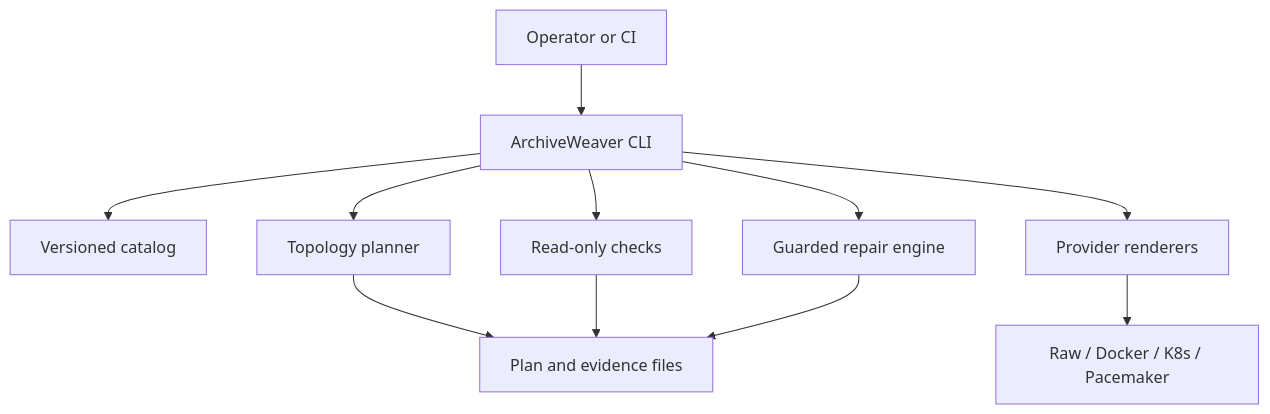
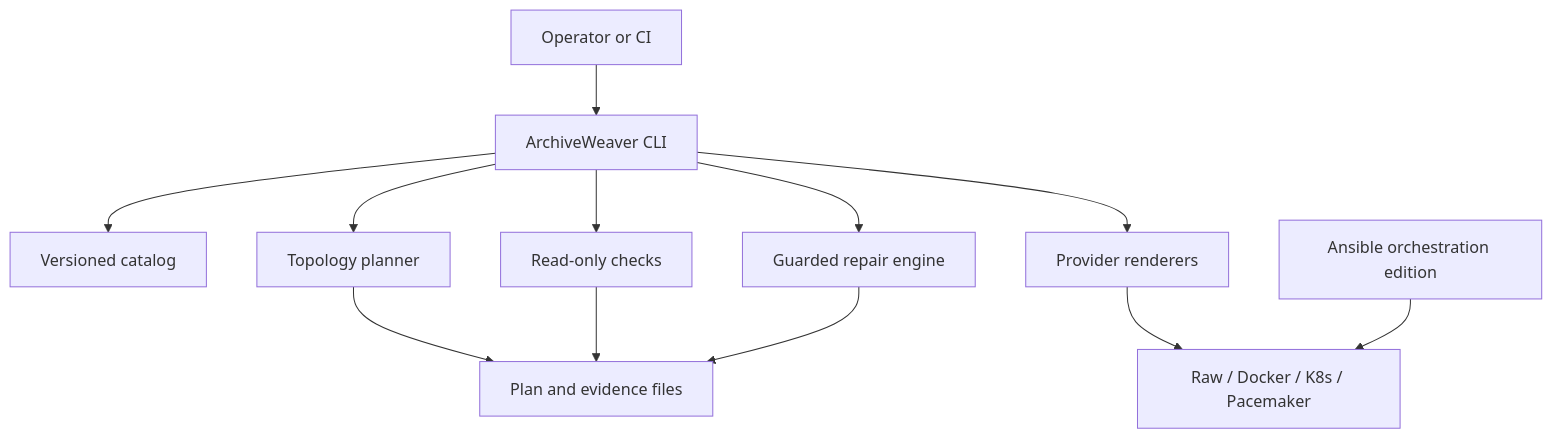
The first of 2 diagrams in docs/architecture/HLD.md (Yunushan/archiveweaver), drawn with Mermaid before and after one commit. The commit also changed other lines of this file and 126 other files, not shown here.

````diff
--- a/docs/architecture/HLD.md
+++ b/docs/architecture/HLD.md
@@ -38,13 +38,14 @@
 ```mermaid
 flowchart TD
   Operator[Operator or CI] --> CLI[ArchiveWeaver CLI]
   CLI --> Catalog[Versioned catalog]
   CLI --> Planner[Topology planner]
   CLI --> Renderer[Provider renderers]
   CLI --> Checks[Read-only checks]
   CLI --> Repair[Guarded repair engine]
   Planner --> Evidence[Plan and evidence files]
   Checks --> Evidence
   Repair --> Evidence
   Renderer --> Runtime[Raw / Docker / K8s / Pacemaker]
+  Ansible[Ansible orchestration edition] --> Runtime
 ```
````
